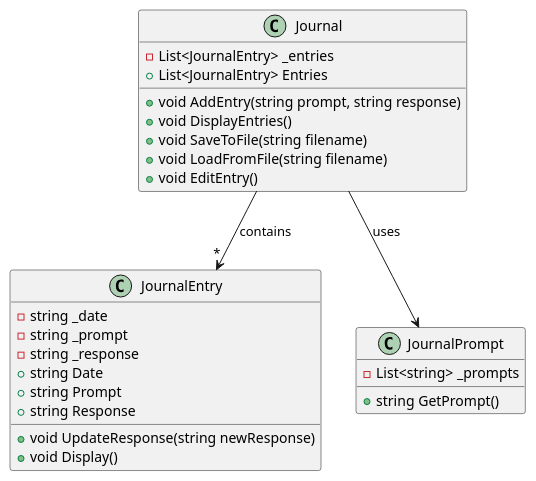
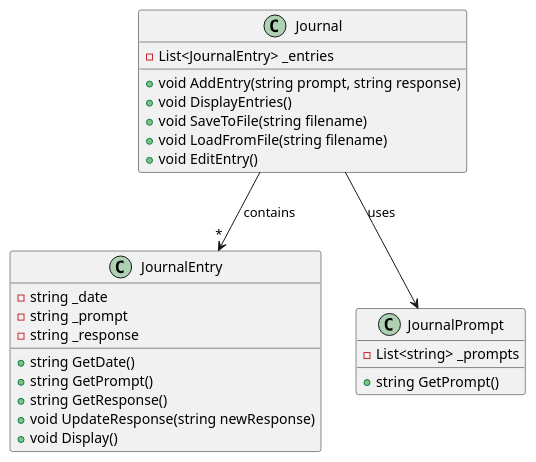
Before and after one commit to ols20034/cse210-homework: the diagram in prove/Develop02/plantuml_Journal.puml, drawn with PlantUML. The commit also changed 6 other files, not shown here.

```diff
--- a/prove/Develop02/plantuml_Journal.puml
+++ b/prove/Develop02/plantuml_Journal.puml
@@ -1,32 +1,31 @@
 @startuml JournalProgram
 
 class Journal {
     - List<JournalEntry> _entries
-    + List<JournalEntry> Entries
     + void AddEntry(string prompt, string response)
     + void DisplayEntries()
     + void SaveToFile(string filename)
     + void LoadFromFile(string filename)
     + void EditEntry()
 }
 
 class JournalEntry {
     - string _date
     - string _prompt
     - string _response
-    + string Date
-    + string Prompt
-    + string Response
+    + string GetDate()
+    + string GetPrompt()
+    + string GetResponse()
     + void UpdateResponse(string newResponse)
     + void Display()
 }
 
 class JournalPrompt {
     - List<string> _prompts
     + string GetPrompt()
 }
 
 Journal --> "*" JournalEntry : contains
 Journal --> JournalPrompt : uses
 
 @enduml
```
